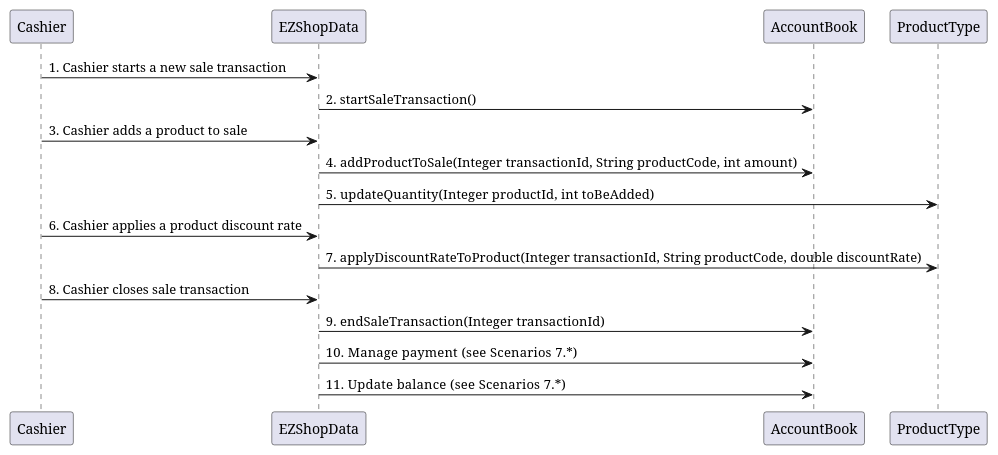
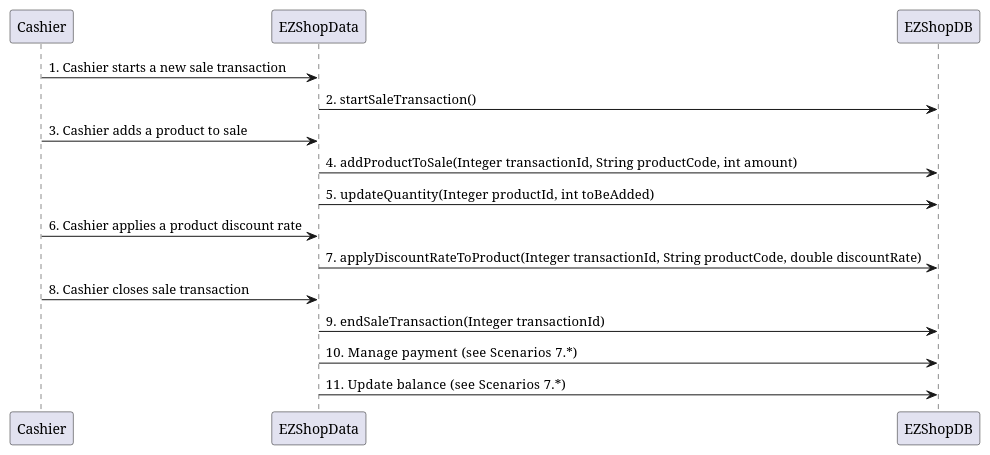
Diagram 18 of 31 in Deliverables/DesignDocument.md (djemar/softeng_ezshop), drawn with PlantUML before and after one commit. The commit also changed other lines of this file, not shown here.

Commit message:
modified Verification sequence diagrams

````diff
--- a/Deliverables/DesignDocument.md
+++ b/Deliverables/DesignDocument.md
@@ -412,14 +414,14 @@
 ```plantuml
 "Cashier" -> "EZShopData" : 1. Cashier starts a new sale transaction
-"EZShopData" -> "AccountBook" : 2.  startSaleTransaction()
+"EZShopData" -> "EZShopDB" : 2.  startSaleTransaction()
 "Cashier" -> "EZShopData" : 3. Cashier adds a product to sale
-"EZShopData" -> "AccountBook" : 4.   addProductToSale(Integer transactionId, String productCode, int amount)
-"EZShopData" -> "ProductType" : 5.   updateQuantity(Integer productId, int toBeAdded)
+"EZShopData" -> "EZShopDB" : 4.   addProductToSale(Integer transactionId, String productCode, int amount)
+"EZShopData" -> "EZShopDB" : 5.   updateQuantity(Integer productId, int toBeAdded)
 "Cashier" -> "EZShopData" : 6. Cashier applies a product discount rate
-"EZShopData" -> "ProductType" : 7.   applyDiscountRateToProduct(Integer transactionId, String productCode, double discountRate)
+"EZShopData" -> "EZShopDB" : 7.   applyDiscountRateToProduct(Integer transactionId, String productCode, double discountRate)
 "Cashier" -> "EZShopData" : 8. Cashier closes sale transaction
-"EZShopData" -> "AccountBook" : 9.   endSaleTransaction(Integer transactionId)
-"EZShopData" -> "AccountBook" : 10.   Manage payment (see Scenarios 7.*)
-"EZShopData" -> "AccountBook" : 11.   Update balance (see Scenarios 7.*)
+"EZShopData" -> "EZShopDB" : 9.   endSaleTransaction(Integer transactionId)
+"EZShopData" -> "EZShopDB" : 10.   Manage payment (see Scenarios 7.*)
+"EZShopData" -> "EZShopDB" : 11.   Update balance (see Scenarios 7.*)
 
 ```
````
